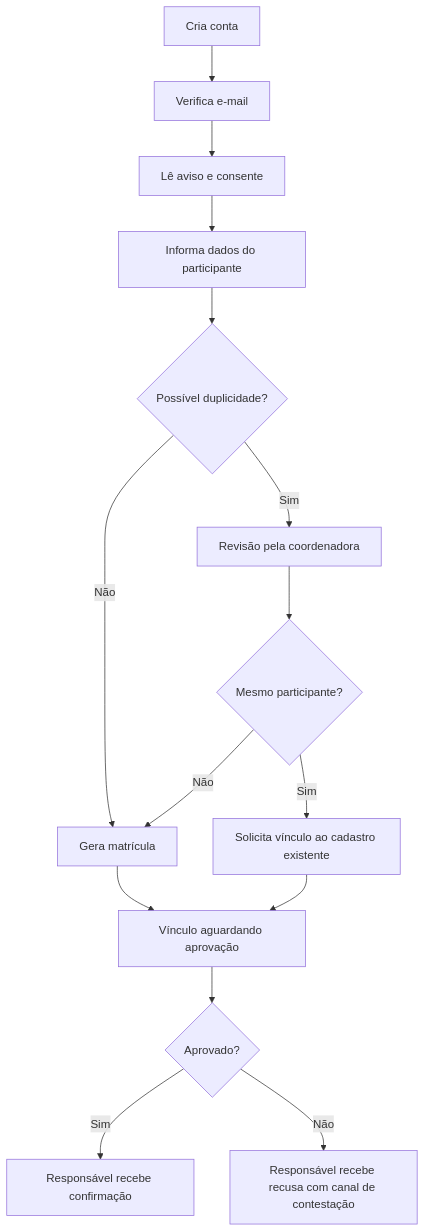
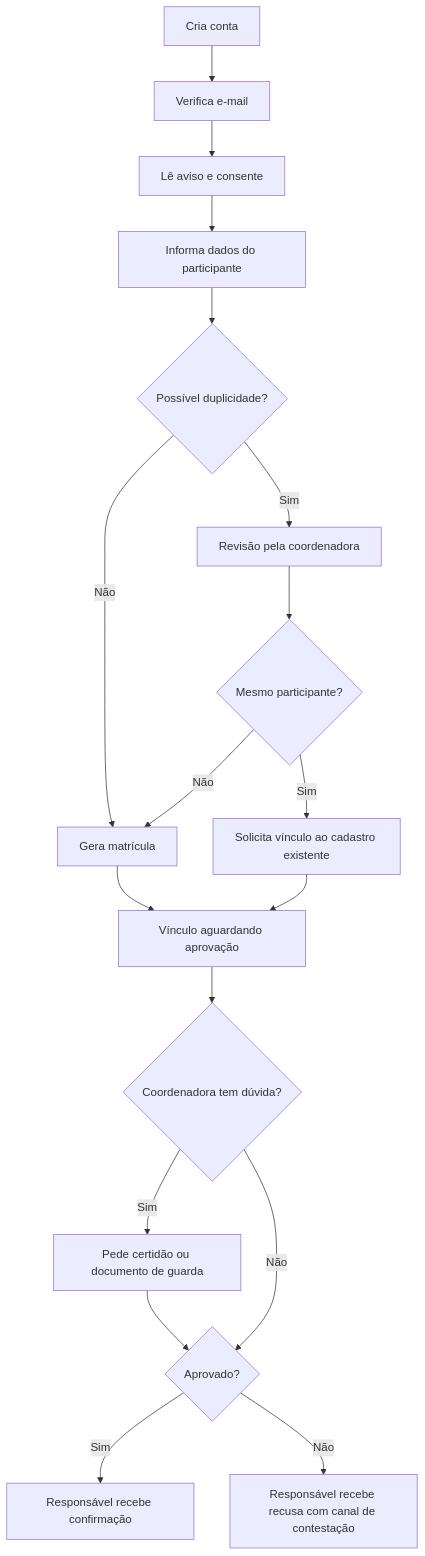
One commit to helesjunior/ccb-ebi changed the diagram in docs/01-requisitos/fluxos/FL-01-cadastro-responsavel-e-participante.md. Above: the diagram before and after it, drawn with Mermaid. The commit also changed other lines of this file and 14 other files, not shown here.

````diff
--- a/docs/01-requisitos/fluxos/FL-01-cadastro-responsavel-e-participante.md
+++ b/docs/01-requisitos/fluxos/FL-01-cadastro-responsavel-e-participante.md
@@ -13,17 +14,20 @@
 ```mermaid
 flowchart TD
   A[Cria conta] --> B[Verifica e-mail]
   B --> C[Lê aviso e consente]
   C --> D[Informa dados do participante]
   D --> E{Possível duplicidade?}
   E -- Não --> F[Gera matrícula]
   E -- Sim --> G[Revisão pela coordenadora]
   G --> H{Mesmo participante?}
   H -- Sim --> I[Solicita vínculo ao cadastro existente]
   H -- Não --> F
   F --> J[Vínculo aguardando aprovação]
   I --> J
-  J --> K{Aprovado?}
+  J --> V{Coordenadora tem dúvida?}
+  V -- Sim --> W[Pede certidão ou documento de guarda]
+  W --> K
+  V -- Não --> K{Aprovado?}
   K -- Sim --> L[Responsável recebe confirmação]
   K -- Não --> M[Responsável recebe recusa com canal de contestação]
 ```
````
